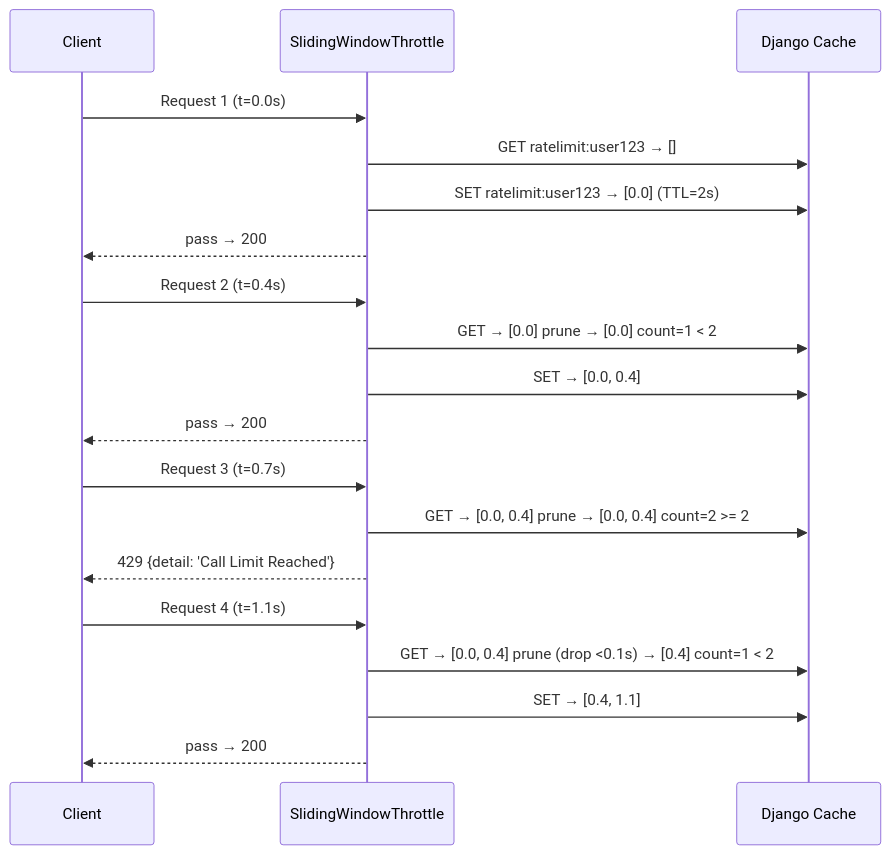
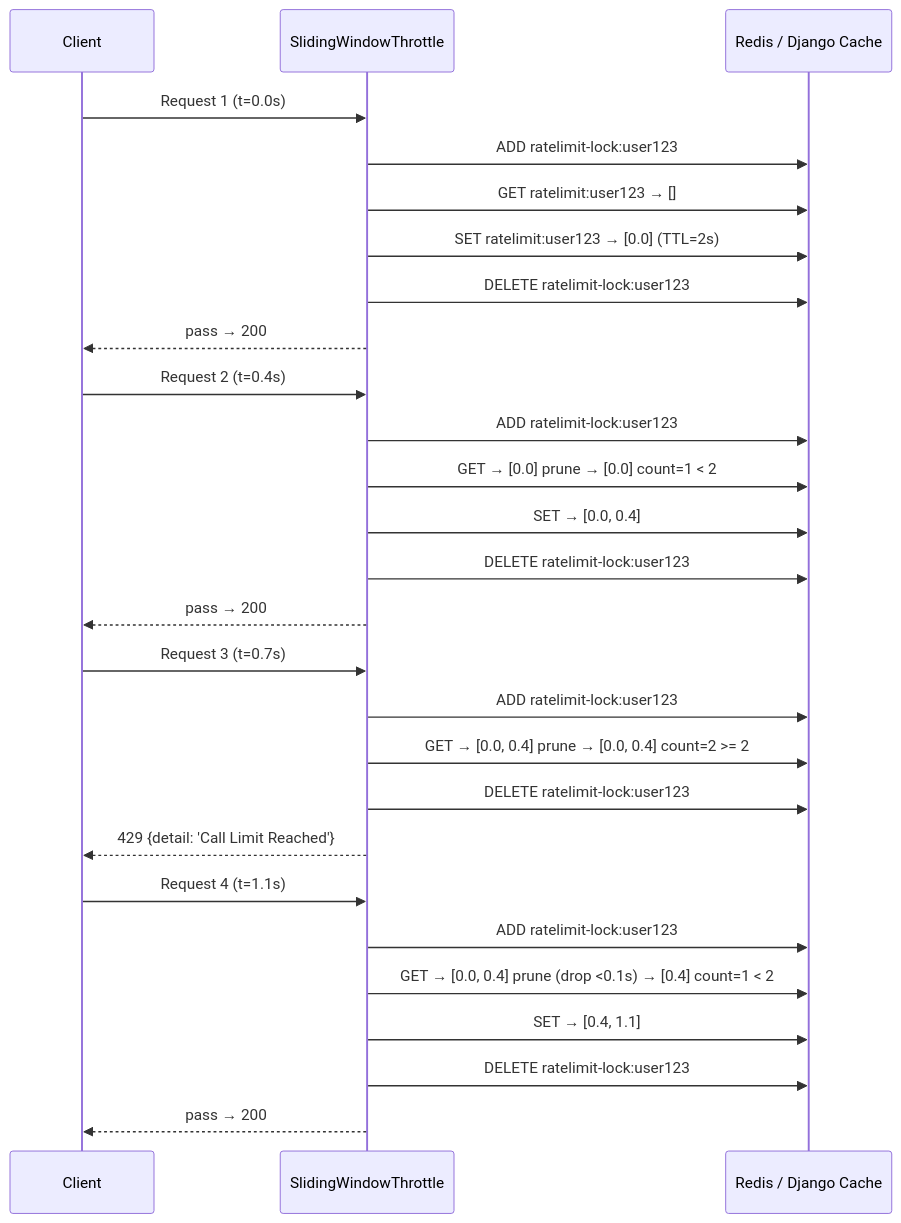
One commit to conghan-tay/private_AbProject-WithRAG changed the fourth of 9 diagrams in docs/Mermaid.md. Above: the diagram before and after it, drawn with Mermaid. The commit also changed other lines of this file and 7 other files, not shown here.

````diff
--- a/docs/Mermaid.md
+++ b/docs/Mermaid.md
@@ -98,29 +104,37 @@
 ```mermaid
 sequenceDiagram
     participant C as Client
     participant TH as SlidingWindowThrottle
-    participant Cache as Django Cache
+    participant Cache as Redis / Django Cache
 
 
     C->>TH: Request 1 (t=0.0s)
+    TH->>Cache: ADD ratelimit-lock:user123
     TH->>Cache: GET ratelimit:user123 → []
     TH->>Cache: SET ratelimit:user123 → [0.0] (TTL=2s)
+    TH->>Cache: DELETE ratelimit-lock:user123
     TH-->>C: pass → 200
 
 
     C->>TH: Request 2 (t=0.4s)
+    TH->>Cache: ADD ratelimit-lock:user123
     TH->>Cache: GET → [0.0]  prune → [0.0]  count=1 < 2
     TH->>Cache: SET → [0.0, 0.4]
+    TH->>Cache: DELETE ratelimit-lock:user123
     TH-->>C: pass → 200
 
 
     C->>TH: Request 3 (t=0.7s)
+    TH->>Cache: ADD ratelimit-lock:user123
     TH->>Cache: GET → [0.0, 0.4]  prune → [0.0, 0.4]  count=2 >= 2
+    TH->>Cache: DELETE ratelimit-lock:user123
     TH-->>C: 429 {detail: 'Call Limit Reached'}
 
 
     C->>TH: Request 4 (t=1.1s)
+    TH->>Cache: ADD ratelimit-lock:user123
     TH->>Cache: GET → [0.0, 0.4]  prune (drop <0.1s) → [0.4]  count=1 < 2
     TH->>Cache: SET → [0.4, 1.1]
+    TH->>Cache: DELETE ratelimit-lock:user123
     TH-->>C: pass → 200
 ```
````
